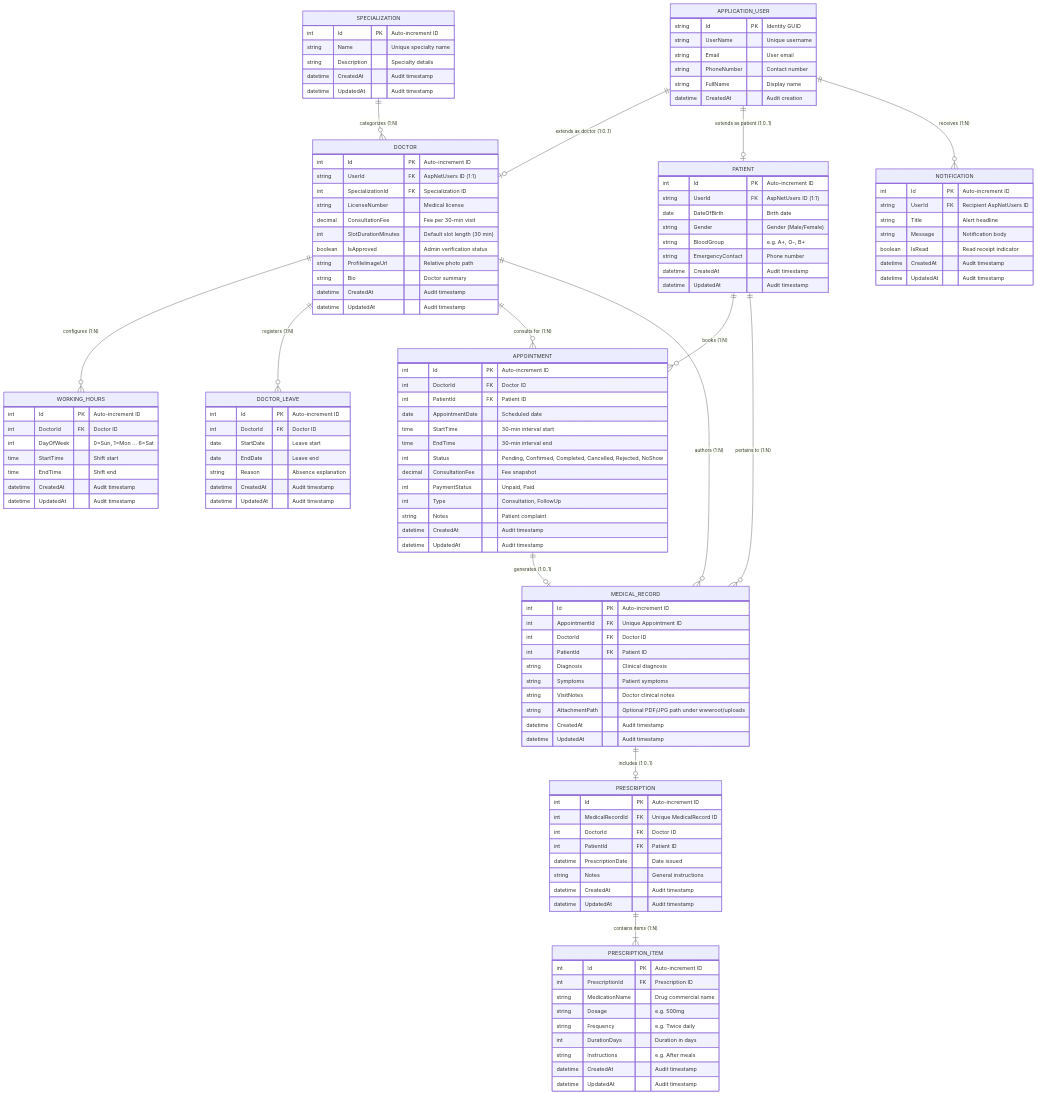
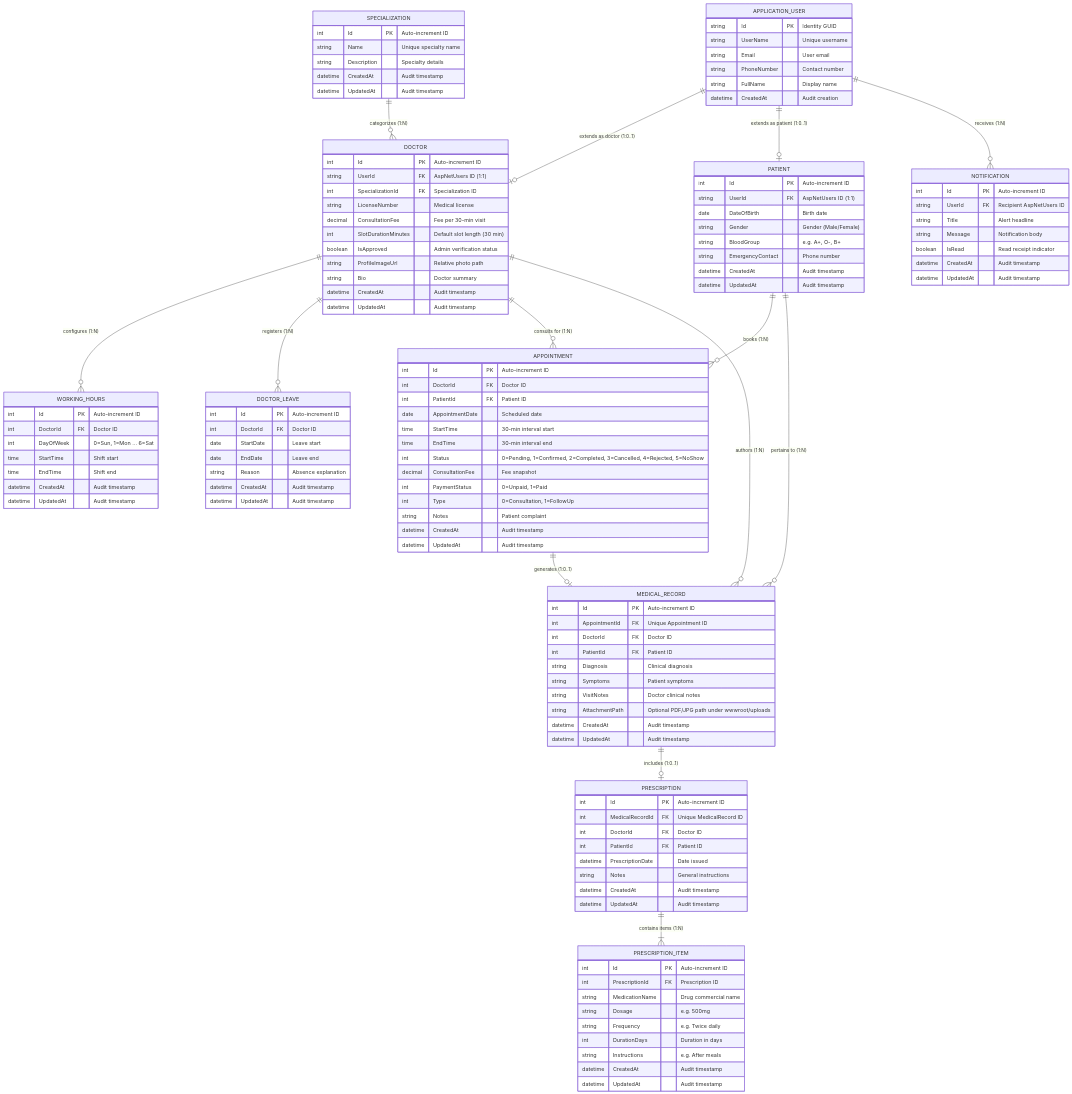
The diagram in docs/04-design/database/er-diagram.md (foxelhadad812-design/MediCare), drawn with Mermaid before and after one commit. The commit also changed 5 other files, not shown here.

```diff
--- a/docs/04-design/database/er-diagram.md
+++ b/docs/04-design/database/er-diagram.md
@@ -96,10 +96,10 @@
         date AppointmentDate "Scheduled date"
         time StartTime "30-min interval start"
         time EndTime "30-min interval end"
-        int Status "Pending, Confirmed, Completed, Cancelled, Rejected, NoShow"
+        int Status "0=Pending, 1=Confirmed, 2=Completed, 3=Cancelled, 4=Rejected, 5=NoShow"
         decimal ConsultationFee "Fee snapshot"
-        int PaymentStatus "Unpaid, Paid"
-        int Type "Consultation, FollowUp"
+        int PaymentStatus "0=Unpaid, 1=Paid"
+        int Type "0=Consultation, 1=FollowUp"
         string Notes "Patient complaint"
         datetime CreatedAt "Audit timestamp"
         datetime UpdatedAt "Audit timestamp"
```
